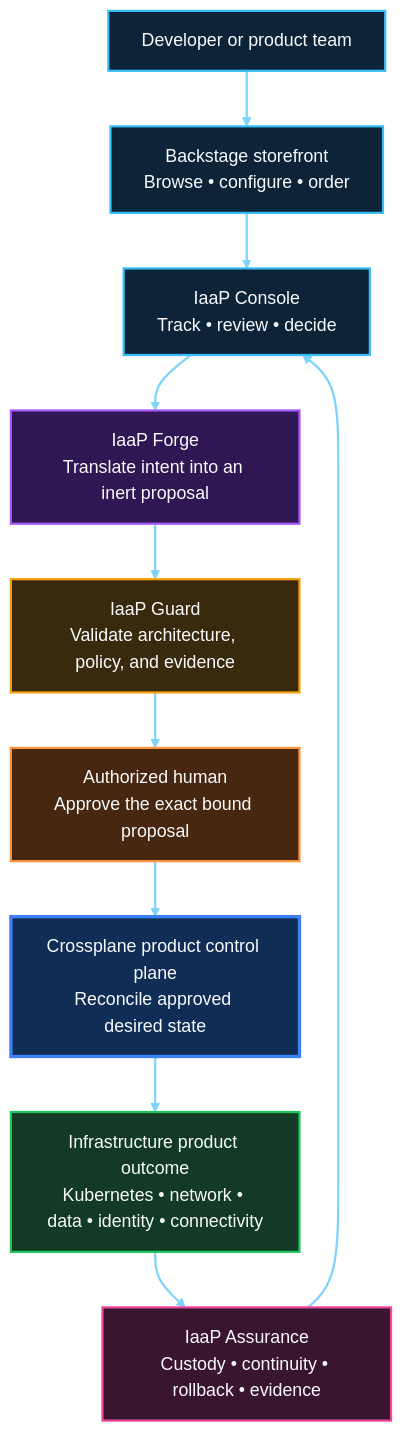
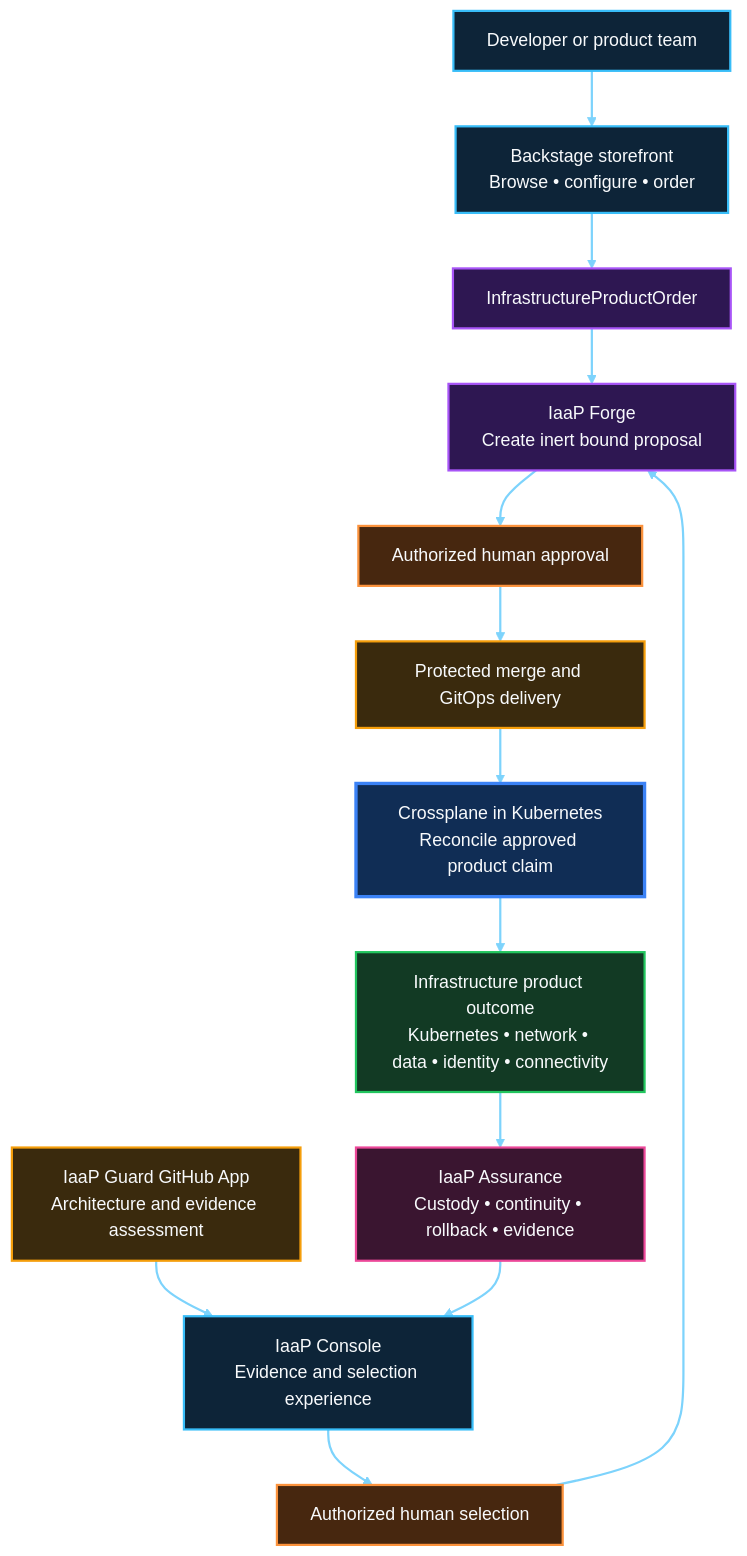
One commit to InfrastructureProductWorks/ai-powered-infrastructure-as-a-product changed the first of 5 diagrams in docs/PRODUCT-ARCHITECTURE.md. Above: the diagram before and after it, drawn with Mermaid. The commit also changed other lines of this file, not shown here.

````diff
--- a/docs/PRODUCT-ARCHITECTURE.md
+++ b/docs/PRODUCT-ARCHITECTURE.md
@@ -10,38 +10,45 @@
 ```mermaid
 flowchart TB
   DEV["Developer or product team"]
   STORE["Backstage storefront<br/>Browse • configure • order"]
-  CONSOLE["IaaP Console<br/>Track • review • decide"]
-  FORGE["IaaP Forge<br/>Translate intent into an inert proposal"]
-  GUARD["IaaP Guard<br/>Validate architecture, policy, and evidence"]
-  HUMAN["Authorized human<br/>Approve the exact bound proposal"]
-  CONTROL["Crossplane product control plane<br/>Reconcile approved desired state"]
+  ORDER["InfrastructureProductOrder"]
+  GUARD["IaaP Guard GitHub App<br/>Architecture and evidence assessment"]
+  CONSOLE["IaaP Console<br/>Evidence and selection experience"]
+  SELECT["Authorized human selection"]
+  FORGE["IaaP Forge<br/>Create inert bound proposal"]
+  APPROVE["Authorized human approval"]
+  DELIVERY["Protected merge and GitOps delivery"]
+  CONTROL["Crossplane in Kubernetes<br/>Reconcile approved product claim"]
   OUTCOME["Infrastructure product outcome<br/>Kubernetes • network • data • identity • connectivity"]
   ASSURE["IaaP Assurance<br/>Custody • continuity • rollback • evidence"]
 
   DEV --> STORE
-  STORE --> CONSOLE
-  CONSOLE --> FORGE
-  FORGE --> GUARD
-  GUARD --> HUMAN
-  HUMAN --> CONTROL
+  STORE --> ORDER
+  GUARD --> CONSOLE
+  CONSOLE --> SELECT
+  ORDER --> FORGE
+  SELECT --> FORGE
+  FORGE --> APPROVE
+  APPROVE --> DELIVERY
+  DELIVERY --> CONTROL
   CONTROL --> OUTCOME
   OUTCOME --> ASSURE
   ASSURE --> CONSOLE
 
   classDef experience fill:#0D2438,stroke:#38BDF8,stroke-width:2px,color:#F8FAFC
   classDef product fill:#2E1752,stroke:#A855F7,stroke-width:2px,color:#F8FAFC
   classDef governance fill:#3A2A0D,stroke:#F59E0B,stroke-width:2px,color:#F8FAFC
   classDef human fill:#47270F,stroke:#FB923C,stroke-width:2px,color:#F8FAFC
   classDef control fill:#102D55,stroke:#3B82F6,stroke-width:3px,color:#F8FAFC
   classDef outcome fill:#123A24,stroke:#22C55E,stroke-width:2px,color:#F8FAFC
   classDef evidence fill:#3A1530,stroke:#EC4899,stroke-width:2px,color:#F8FAFC
   class DEV,STORE,CONSOLE experience
-  class FORGE product
+  class ORDER,FORGE product
   class GUARD governance
-  class HUMAN human
+  class SELECT,APPROVE human
+  class DELIVERY governance
   class CONTROL control
   class OUTCOME outcome
   class ASSURE evidence
   linkStyle default stroke:#7DD3FC,stroke-width:2px
 ```
````
